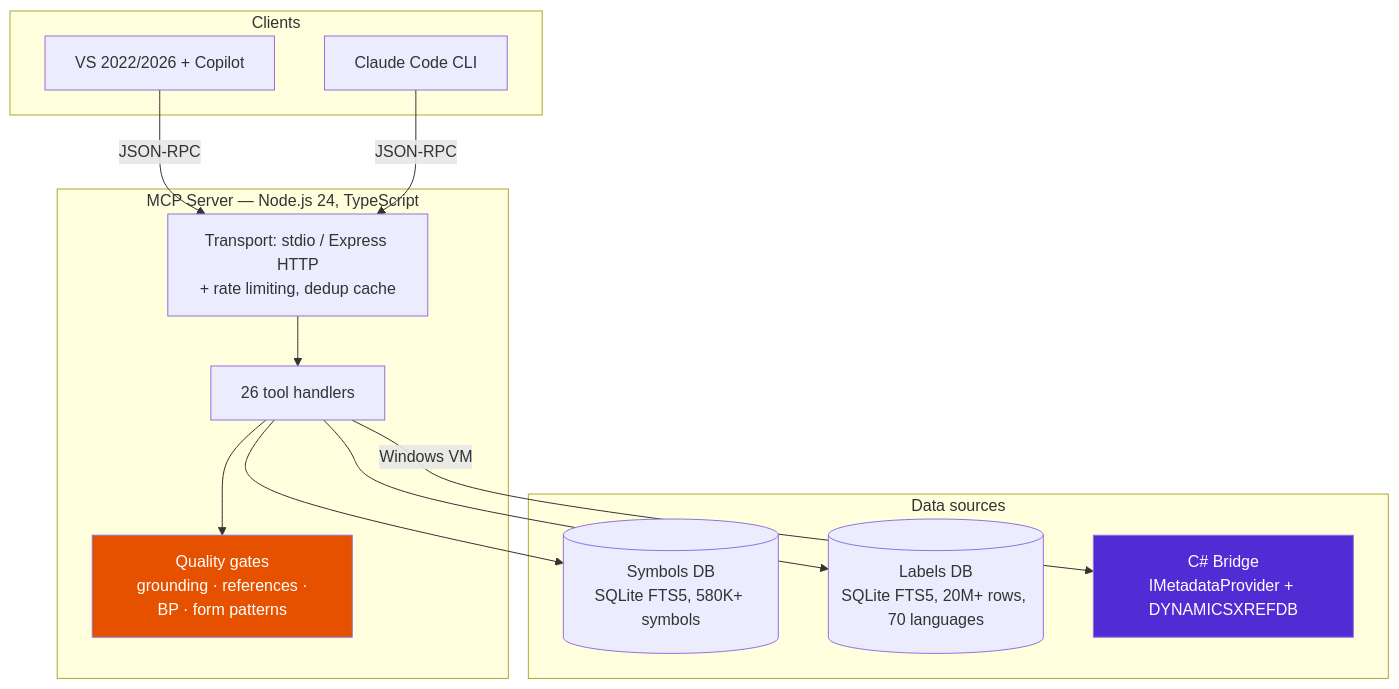
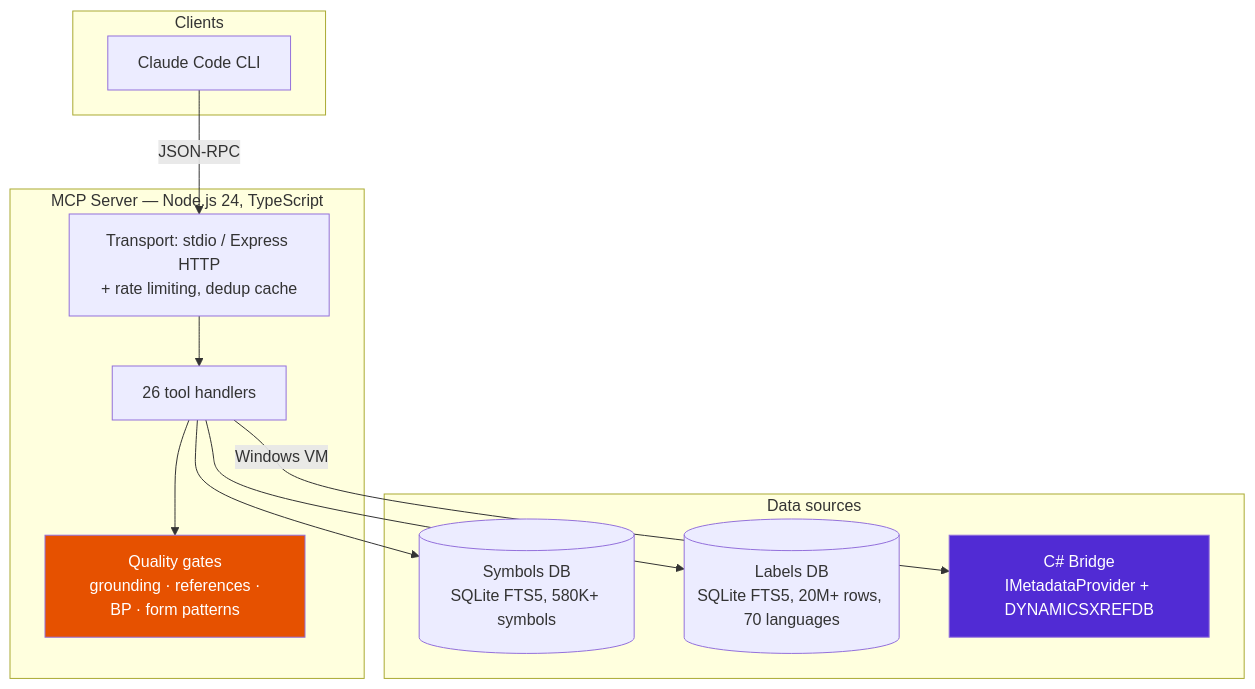
One commit to tfranczyk/d365fo-mcp-server changed the first of 5 diagrams in docs/ARCHITECTURE.md. Above: the diagram before and after it, drawn with Mermaid. The commit also changed other lines of this file and 10 other files, not shown here.

````diff
--- a/docs/ARCHITECTURE.md
+++ b/docs/ARCHITECTURE.md
@@ -9,27 +9,26 @@
 ```mermaid
 graph TB
     subgraph Clients
-        VS[VS 2022/2026 + Copilot]
         CC[Claude Code CLI]
     end
 
     subgraph "MCP Server — Node.js 24, TypeScript"
         TRANSPORT[Transport: stdio / Express HTTP\n+ rate limiting, dedup cache]
         TOOLS[26 tool handlers]
         GATES[Quality gates\n grounding · references · BP · form patterns]
     end
 
     subgraph "Data sources"
         DB[(Symbols DB\nSQLite FTS5, 580K+ symbols)]
         LDB[(Labels DB\nSQLite FTS5, 20M+ rows, 70 languages)]
         BRIDGE[C# Bridge\nIMetadataProvider + DYNAMICSXREFDB]
     end
 
-    VS & CC -->|JSON-RPC| TRANSPORT --> TOOLS
+    CC -->|JSON-RPC| TRANSPORT --> TOOLS
     TOOLS --> GATES
     TOOLS --> DB & LDB
     TOOLS -->|Windows VM| BRIDGE
 
     style BRIDGE fill:#512BD4,color:#fff
     style GATES fill:#E65100,color:#fff
 ```
````
